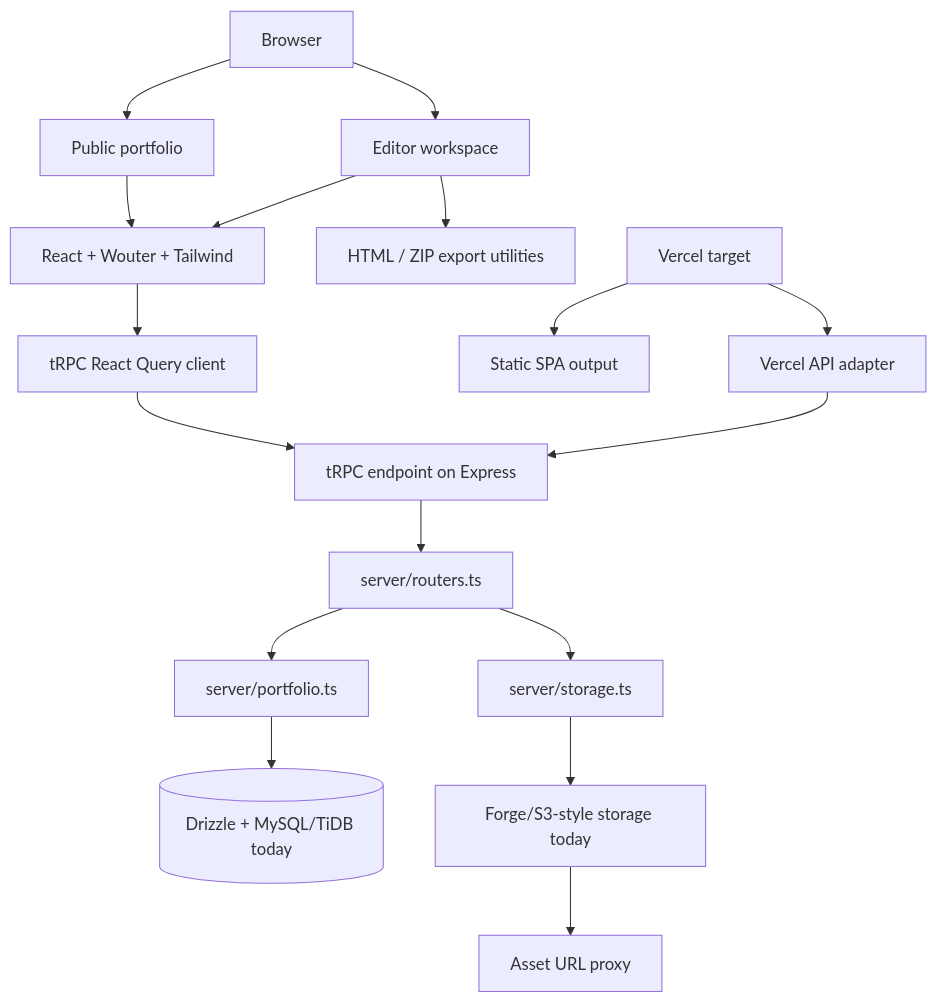
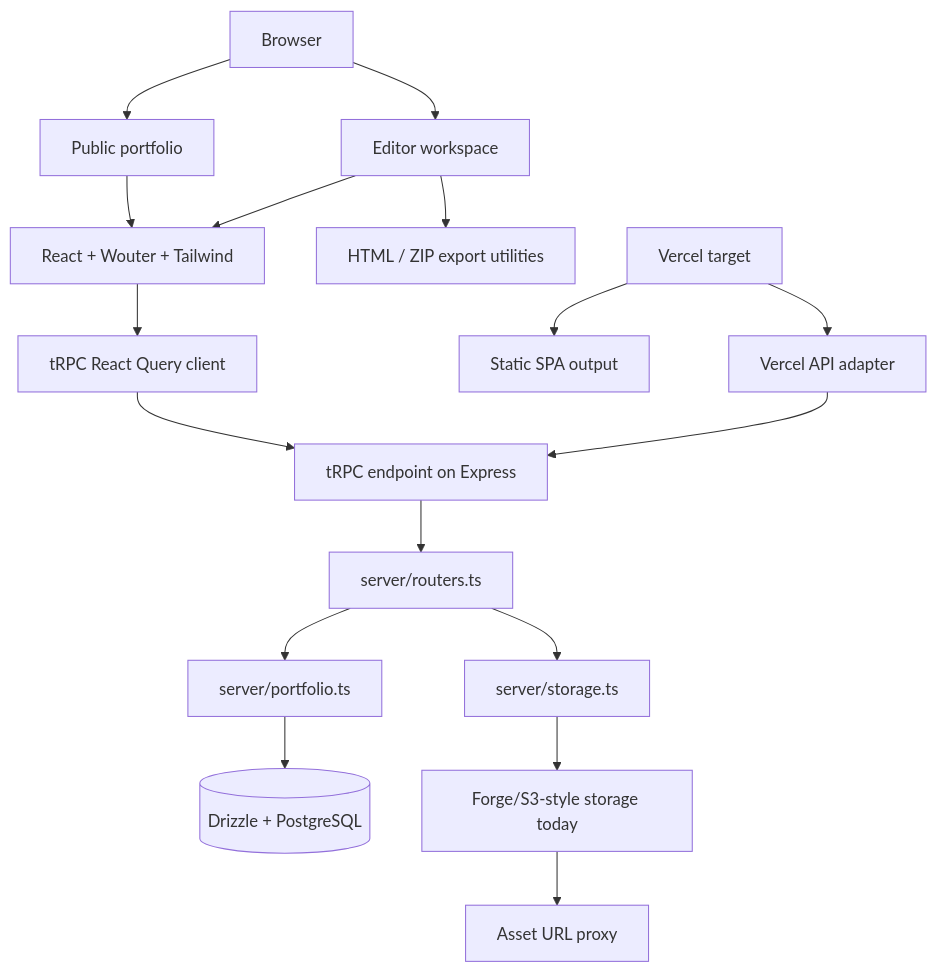
The second of 2 diagrams in ai-context/technical-architecture.md (Fedi-Nasri/Portfolio), drawn with Mermaid before and after one commit. The commit also changed other lines of this file and 28 other files, not shown here.

````diff
--- a/ai-context/technical-architecture.md
+++ b/ai-context/technical-architecture.md
@@ -101,19 +101,19 @@
 ```mermaid
 flowchart TD
   Browser[Browser] --> Public[Public portfolio]
   Browser --> Editor[Editor workspace]
   Public --> Client[React + Wouter + Tailwind]
   Editor --> Client
   Client --> TRPCClient[tRPC React Query client]
   TRPCClient --> API[tRPC endpoint on Express]
   API --> Router[server/routers.ts]
   Router --> Domain[server/portfolio.ts]
-  Domain --> DB[(Drizzle + MySQL/TiDB today)]
+  Domain --> DB[(Drizzle + PostgreSQL)]
   Router --> Assets[server/storage.ts]
   Assets --> ObjectStorage[Forge/S3-style storage today]
   ObjectStorage --> AssetProxy[Asset URL proxy]
   Editor --> Export[HTML / ZIP export utilities]
   Vercel[Vercel target] --> Static[Static SPA output]
   Vercel --> Serverless[Vercel API adapter]
   Serverless --> API
 ```
````
